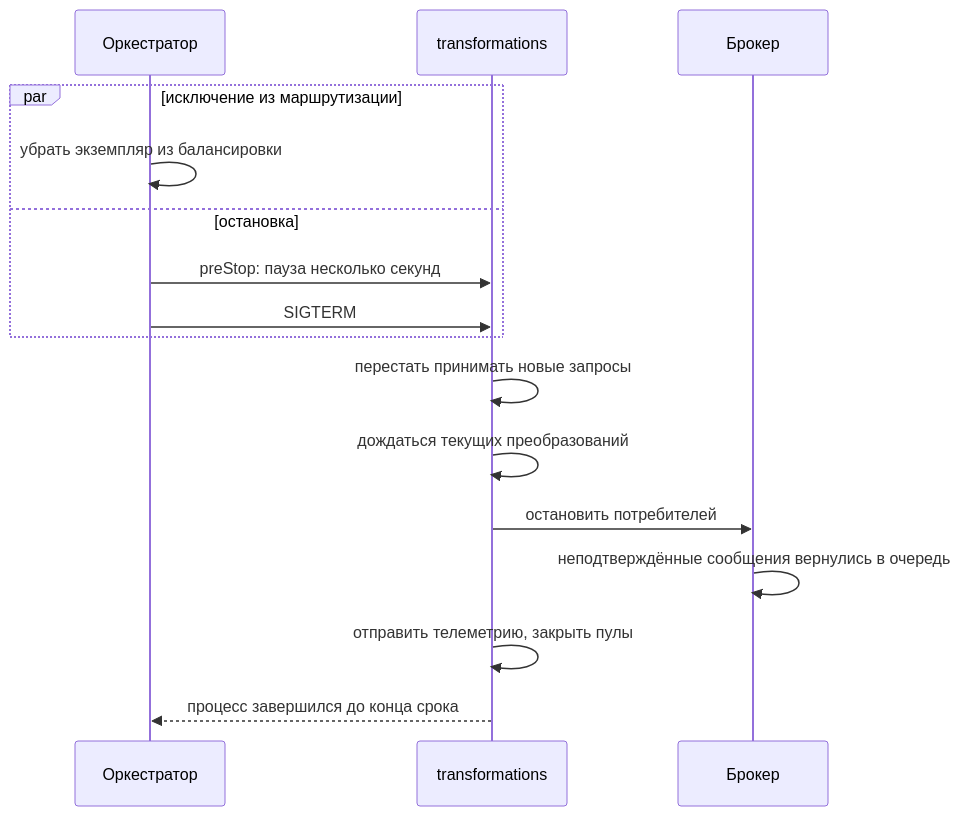
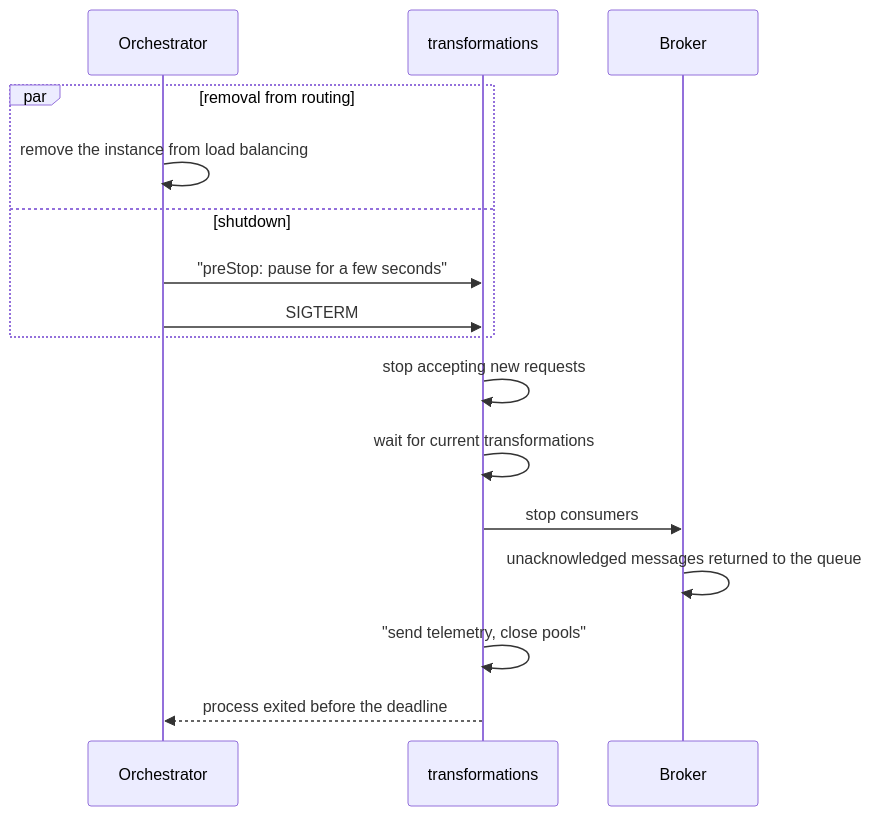
One commit to pavel-skripko-innowise/inno-fe-be-a1 changed the third of 3 diagrams in courses-content/backend/B/1/en/0.6 Отказоустойчивость.md. Above: the diagram before and after it, drawn with Mermaid. The commit also changed other lines of this file and 35 other files, not shown here.

````diff
--- a/courses-content/backend/B/1/en/0.6 Отказоустойчивость.md
+++ b/courses-content/backend/B/1/en/0.6 Отказоустойчивость.md
@@ -145,18 +145,18 @@
 ```mermaid
 sequenceDiagram
-  participant O as Оркестратор
+  participant O as Orchestrator
   participant S as transformations
-  participant B as Брокер
-  par исключение из маршрутизации
-    O->>O: убрать экземпляр из балансировки
-  and остановка
-    O->>S: preStop: пауза несколько секунд
+  participant B as Broker
+  par removal from routing
+    O->>O: remove the instance from load balancing
+  and shutdown
+    O->>S: "preStop: pause for a few seconds"
     O->>S: SIGTERM
   end
-  S->>S: перестать принимать новые запросы
-  S->>S: дождаться текущих преобразований
-  S->>B: остановить потребителей
-  B->>B: неподтверждённые сообщения вернулись в очередь
-  S->>S: отправить телеметрию, закрыть пулы
-  S-->>O: процесс завершился до конца срока
+  S->>S: stop accepting new requests
+  S->>S: wait for current transformations
+  S->>B: stop consumers
+  B->>B: unacknowledged messages returned to the queue
+  S->>S: "send telemetry, close pools"
+  S-->>O: process exited before the deadline
 ```
````
